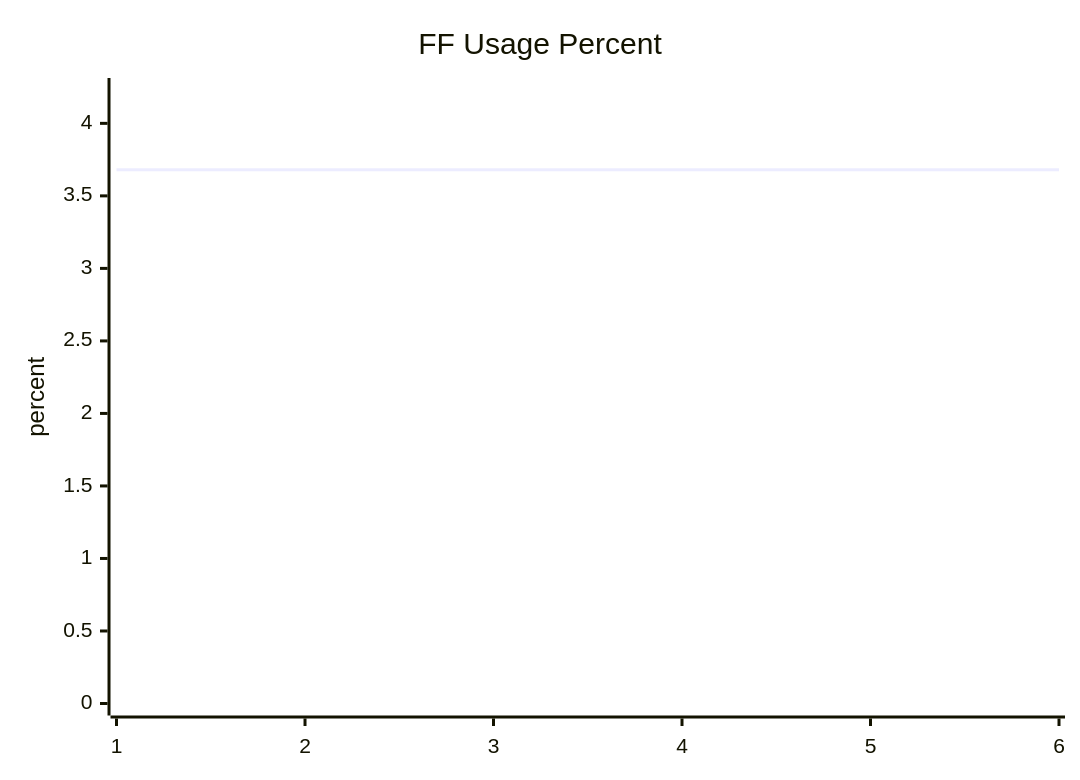
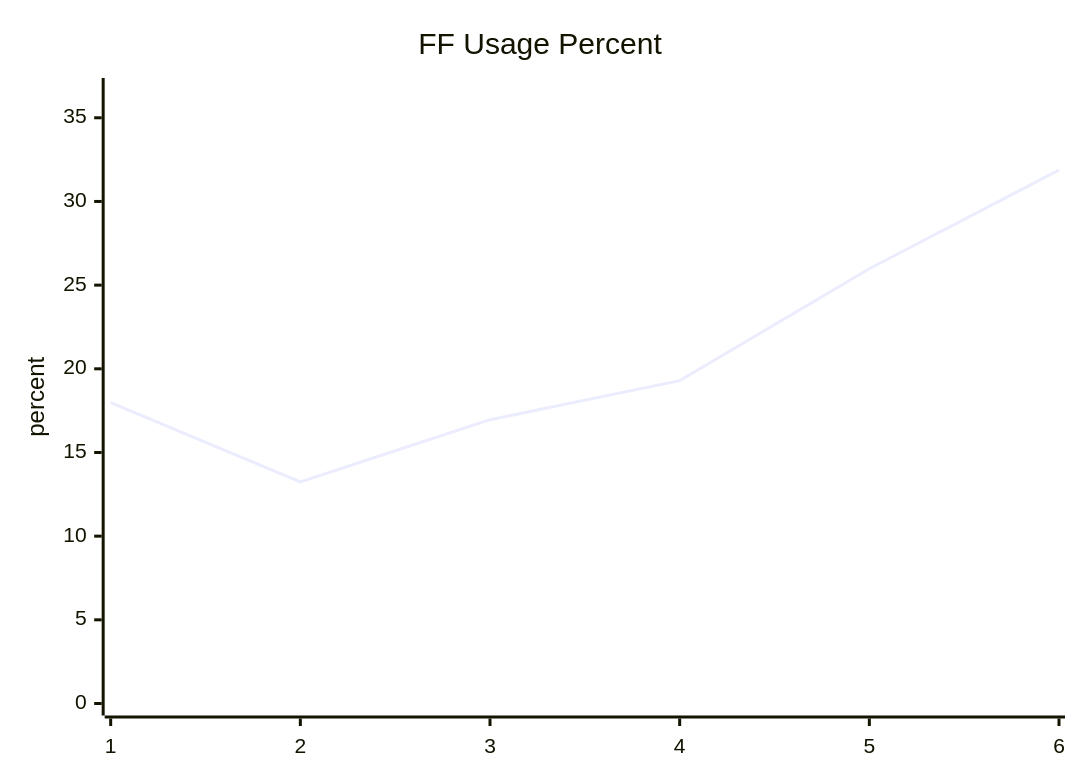
The second of 5 diagrams in riscv-64/metrics/reports/ecp5_usage_report.md (awtoau/cynthion-workspace), drawn with Mermaid before and after one commit. The commit also changed other lines of this file and 2 other files, not shown here.

````diff
--- a/riscv-64/metrics/reports/ecp5_usage_report.md
+++ b/riscv-64/metrics/reports/ecp5_usage_report.md
@@ -36,7 +208,7 @@
 ```mermaid
 xychart-beta
   title "FF Usage Percent"
   x-axis [1, 2, 3, 4, 5, 6]
-  y-axis "percent" 0 --> 4.23
-  line [3.68, 3.68, 3.68, 3.68, 3.68, 3.68]
+  y-axis "percent" 0 --> 36.66
+  line [17.98, 13.24, 16.96, 19.29, 25.98, 31.88]
 ```
````
